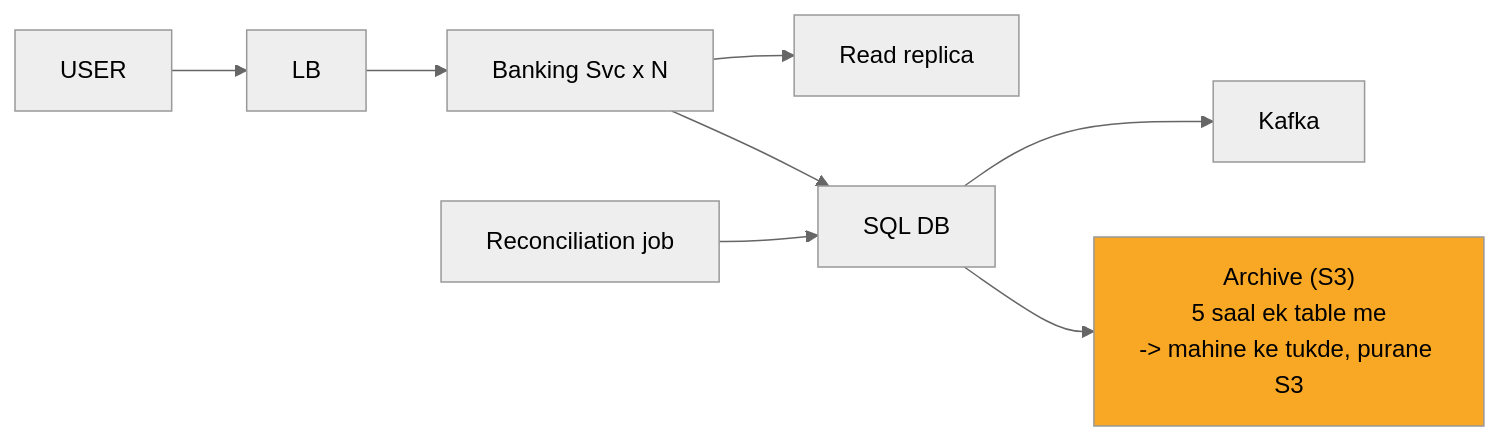
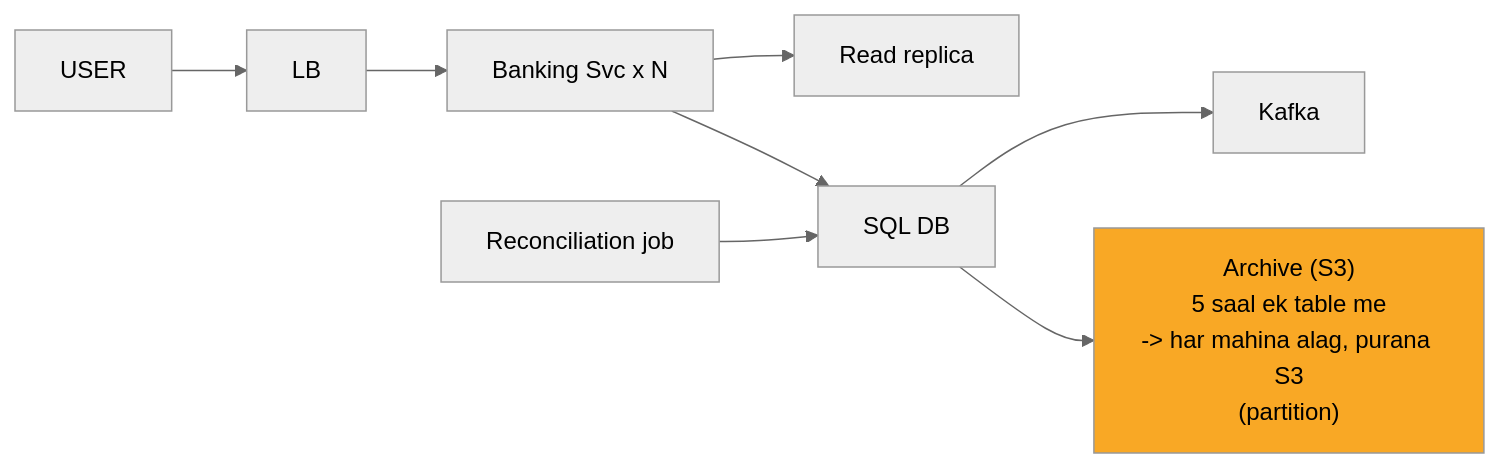
One commit to ArpanMaheshwari144/Prep changed diagram 12 of 13 in 04_HLD/SYSTEM_DESIGNS/13_banking_system/13_banking_system.md. Above: the diagram before and after it, drawn with Mermaid (neutral theme). The commit also changed other lines of this file and 13 other files, not shown here.

````diff
--- a/04_HLD/SYSTEM_DESIGNS/13_banking_system/13_banking_system.md
+++ b/04_HLD/SYSTEM_DESIGNS/13_banking_system/13_banking_system.md
@@ -375,19 +375,19 @@
 ```mermaid
 flowchart LR
     n_USER["USER"]
     n_LB["LB"]
     n_Banking_Svc_xN["Banking Svc x N"]
     n_RR["Read replica"]
     n_DB["SQL DB"]
     n_K["Kafka"]
-    n_S3["Archive (S3)<br/>5 saal ek table me<br/>-> mahine ke tukde, purane S3"]
+    n_S3["Archive (S3)<br/>5 saal ek table me<br/>-> har mahina alag, purana S3<br/>(partition)"]
     n_REC["Reconciliation job"]
     n_USER --> n_LB
     n_LB --> n_Banking_Svc_xN
     n_Banking_Svc_xN --> n_RR
     n_Banking_Svc_xN --> n_DB
     n_DB --> n_K
     n_REC --> n_DB
     n_DB --> n_S3
     style n_S3 fill:#f9a825,color:#000
 ```
````
